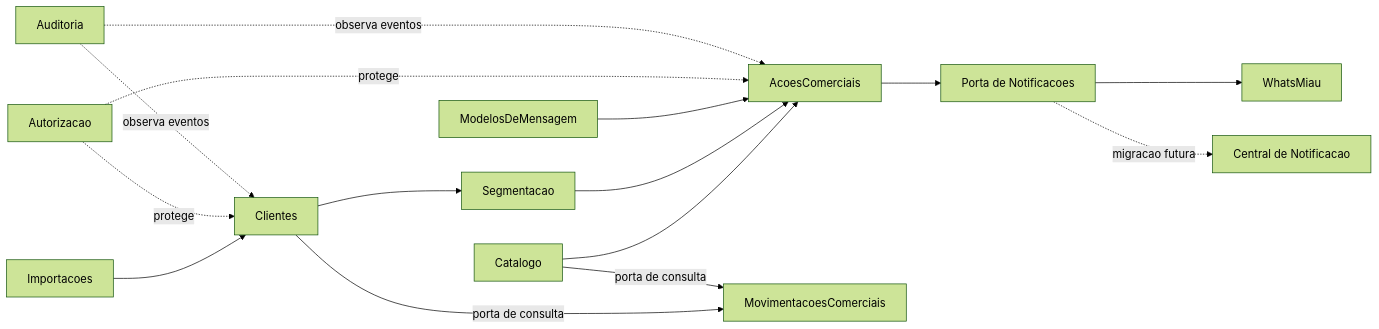
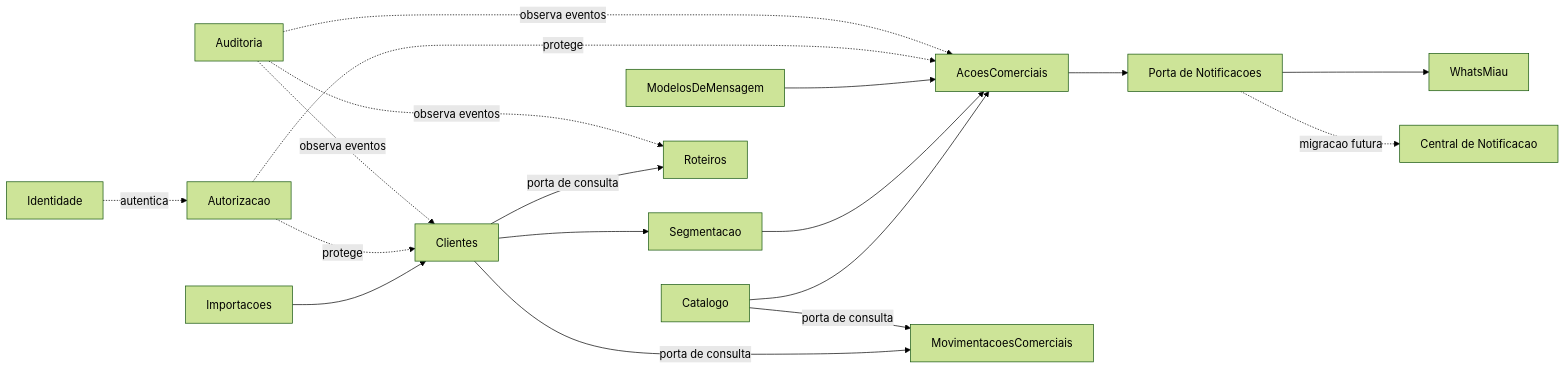
Before and after one commit to gustavodrager/lavamais-crm: the diagram in docs/07-tecnico/arquitetura/02-modulos-e-dependencias.md, drawn with Mermaid (forest theme). The commit also changed other lines of this file and 33 other files, not shown here.

````diff
--- a/docs/07-tecnico/arquitetura/02-modulos-e-dependencias.md
+++ b/docs/07-tecnico/arquitetura/02-modulos-e-dependencias.md
@@ -20,17 +22,20 @@
 ```mermaid
 flowchart LR
+    ID[Identidade] -. autentica .-> AU[Autorizacao]
     I[Importacoes] --> C[Clientes]
     C --> S[Segmentacao]
     G[Catalogo] --> A[AcoesComerciais]
     S --> A
     M[ModelosDeMensagem] --> A
     A --> P[Porta de Notificacoes]
     P --> W[WhatsMiau]
     P -. migracao futura .-> H[Central de Notificacao]
     AU[Autorizacao] -. protege .-> A
     AU -. protege .-> C
     AD[Auditoria] -. observa eventos .-> A
     AD -. observa eventos .-> C
     C -->|porta de consulta| MV[MovimentacoesComerciais]
     G -->|porta de consulta| MV
+    C -->|porta de consulta| R[Roteiros]
+    AD -. observa eventos .-> R
 ```
````
